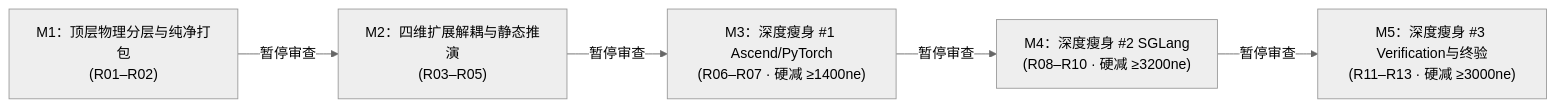
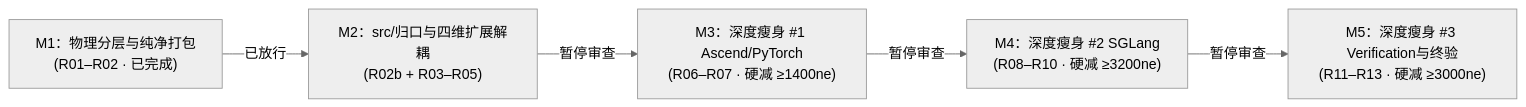
One commit to Entwinedime/Prologue changed the second of 2 diagrams in docs/windows/2026-11-25_topology_extensibility_slimming/plan.md. Above: the diagram before and after it, drawn with Mermaid (neutral theme). The commit also changed other lines of this file and 3 other files, not shown here.

````diff
--- a/docs/windows/2026-11-25_topology_extensibility_slimming/plan.md
+++ b/docs/windows/2026-11-25_topology_extensibility_slimming/plan.md
@@ -188,7 +192,7 @@
 ```mermaid
 flowchart LR
-    M1["M1：顶层物理分层与纯净打包\n(R01–R02)"] -->|暂停审查| M2["M2：四维扩展解耦与静态推演\n(R03–R05)"]
+    M1["M1：物理分层与纯净打包\n(R01–R02 · 已完成)"] -->|已放行| M2["M2：src/归口与四维扩展解耦\n(R02b + R03–R05)"]
     M2 -->|暂停审查| M3["M3：深度瘦身 #1 Ascend/PyTorch\n(R06–R07 · 硬减 ≥1400ne)"]
     M3 -->|暂停审查| M4["M4：深度瘦身 #2 SGLang\n(R08–R10 · 硬减 ≥3200ne)"]
     M4 -->|暂停审查| M5["M5：深度瘦身 #3 Verification与终验\n(R11–R13 · 硬减 ≥3000ne)"]
 ```
````
